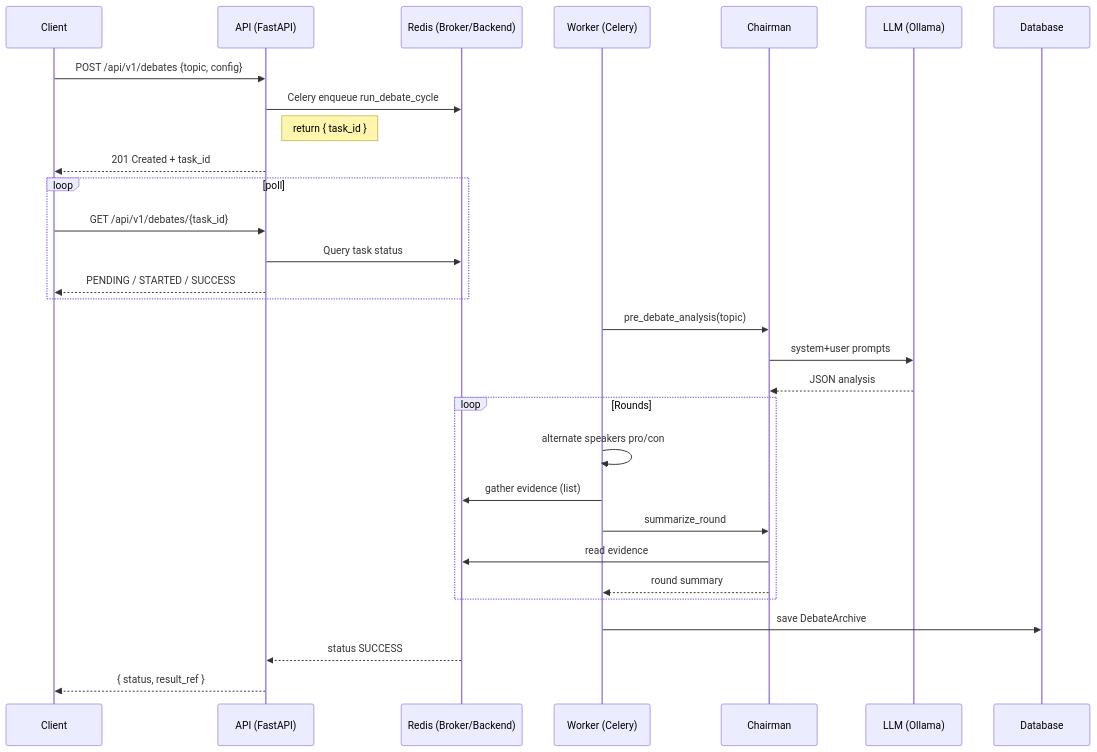
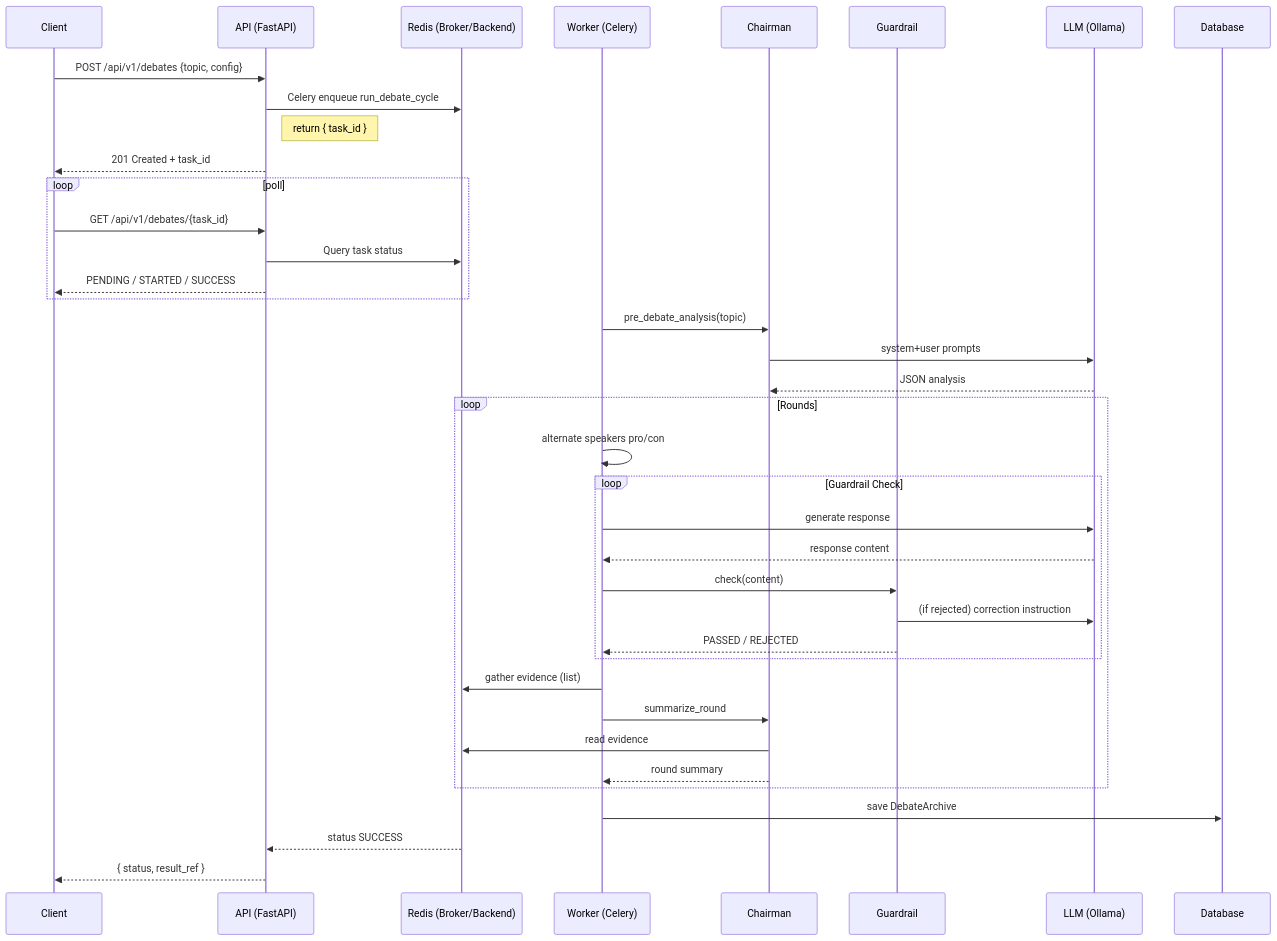
One commit to loeb-ift/agentscope_debate changed the diagram in diagrams/debate_sequence.mmd. Above: the diagram before and after it, drawn with Mermaid. The commit also changed 19 other files, not shown here.

```diff
--- a/diagrams/debate_sequence.mmd
+++ b/diagrams/debate_sequence.mmd
@@ -1,36 +1,46 @@
 %% Mermaid Diagram: Debate Sequence
 sequenceDiagram
   participant C as Client
   participant API as API (FastAPI)
   participant R as Redis (Broker/Backend)
   participant W as Worker (Celery)
   participant CH as Chairman
+  participant GR as Guardrail
   participant L as LLM (Ollama)
   participant DB as Database
 
   C->>API: POST /api/v1/debates {topic, config}
   API->>R: Celery enqueue run_debate_cycle
   Note right of API: return { task_id }
   API-->>C: 201 Created + task_id
 
   loop poll
     C->>API: GET /api/v1/debates/{task_id}
     API->>R: Query task status
     API-->>C: PENDING / STARTED / SUCCESS
   end
 
   W->>CH: pre_debate_analysis(topic)
   CH->>L: system+user prompts
   L-->>CH: JSON analysis
 
   loop Rounds
     W->>W: alternate speakers pro/con
+    
+    loop Guardrail Check
+      W->>L: generate response
+      L-->>W: response content
+      W->>GR: check(content)
+      GR->>L: (if rejected) correction instruction
+      GR-->>W: PASSED / REJECTED
+    end
+
     W->>R: gather evidence (list)
     W->>CH: summarize_round
     CH->>R: read evidence
     CH-->>W: round summary
   end
 
   W->>DB: save DebateArchive
   R-->>API: status SUCCESS
   API-->>C: { status, result_ref }
```
